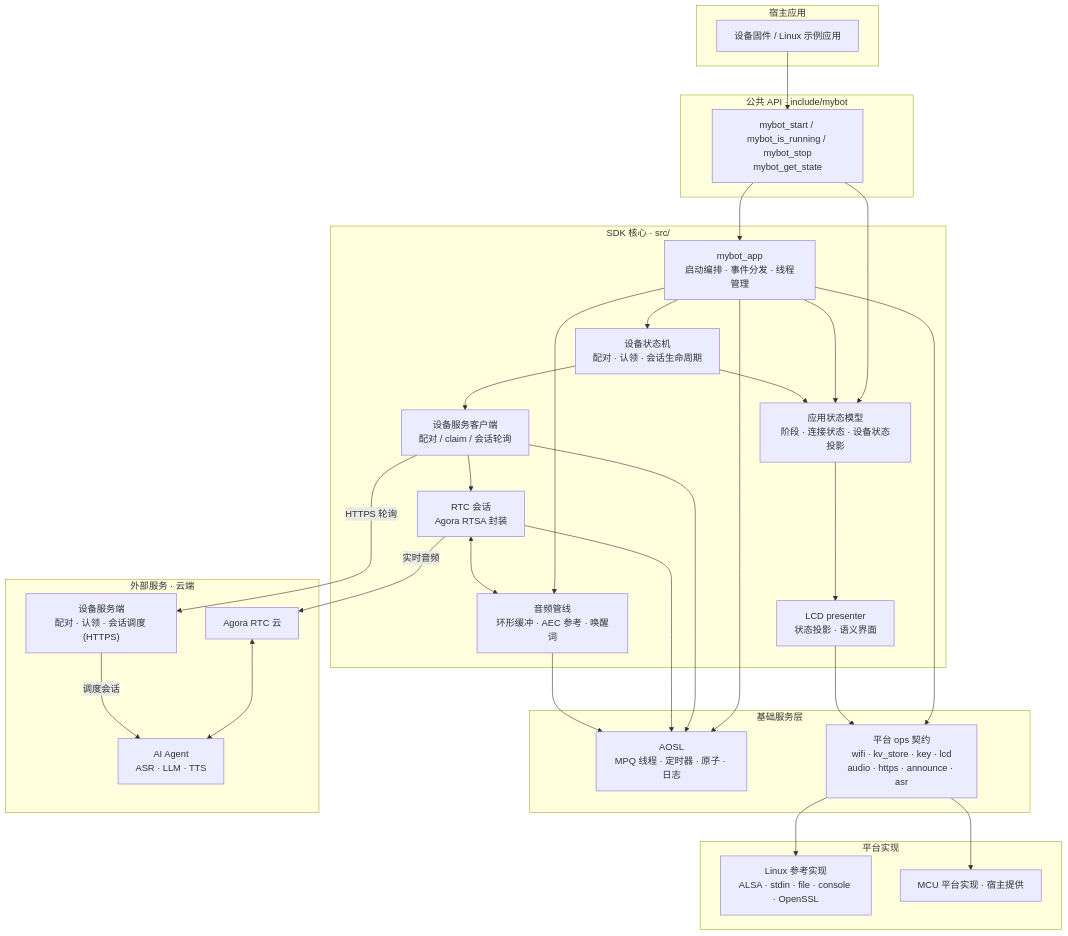
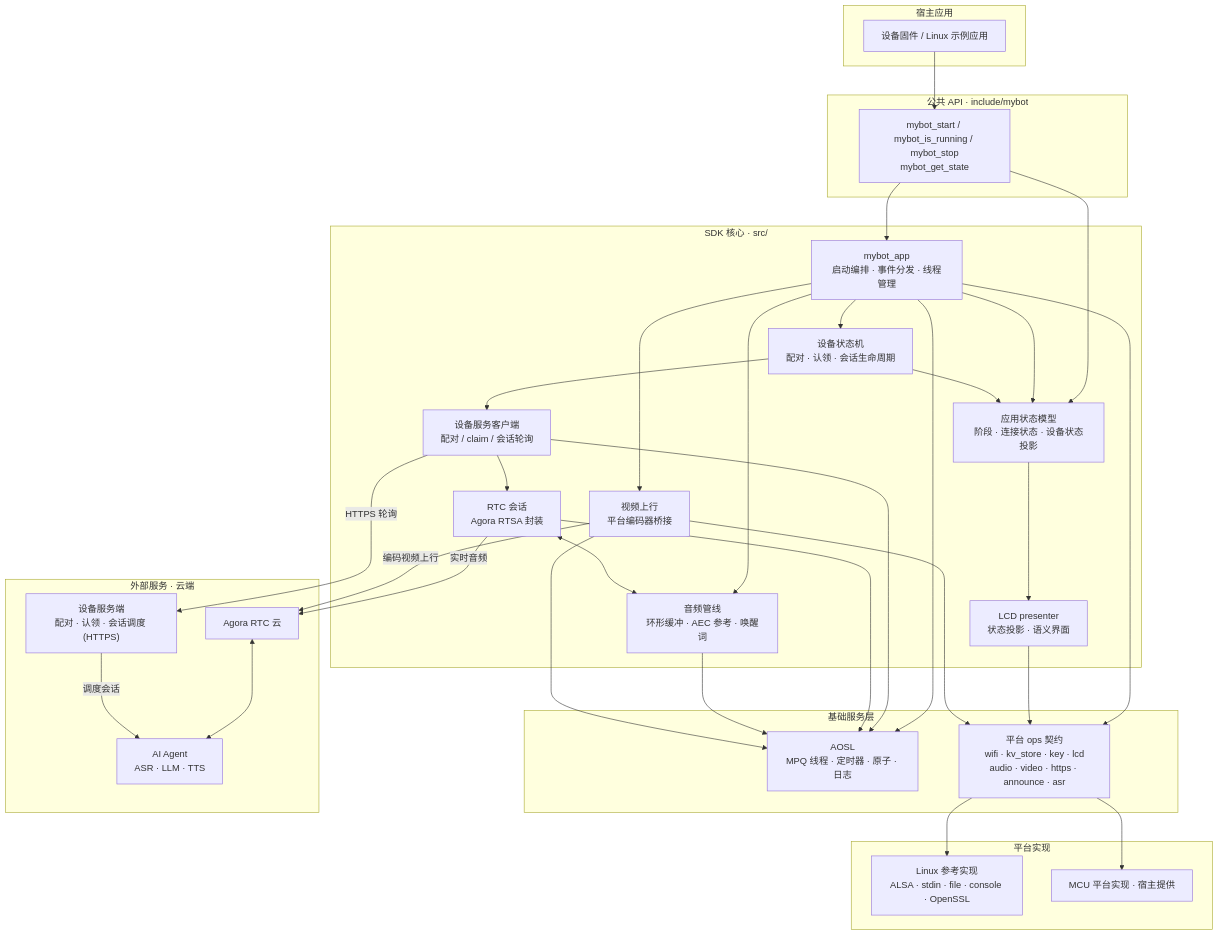
The second of 5 diagrams in README.zh-CN.md (junlon2006/mybot), drawn with Mermaid before and after one commit. The commit also changed other lines of this file and 29 other files, not shown here.

````diff
--- a/README.zh-CN.md
+++ b/README.zh-CN.md
@@ -255,60 +268,65 @@
 ```mermaid
 flowchart TB
     subgraph host["宿主应用"]
         host_app["设备固件 / Linux 示例应用"]
     end
 
     subgraph api["公共 API · include/mybot"]
         api_h["mybot_start / mybot_is_running / mybot_stop<br/>mybot_get_state"]
     end
 
     subgraph core["SDK 核心 · src/"]
         app_c["mybot_app<br/>启动编排 · 事件分发 · 线程管理"]
         app_state["应用状态模型<br/>阶段 · 连接状态 · 设备状态投影"]
         presenter["LCD presenter<br/>状态投影 · 语义界面"]
         state_m["设备状态机<br/>配对 · 认领 · 会话生命周期"]
         svc_c["设备服务客户端<br/>配对 / claim / 会话轮询"]
         rtc_c["RTC 会话<br/>Agora RTSA 封装"]
         media_c["音频管线<br/>环形缓冲 · AEC 参考 · 唤醒词"]
+        video_c["视频上行<br/>平台编码器桥接"]
     end
 
     subgraph infra["基础服务层"]
         aosl["AOSL<br/>MPQ 线程 · 定时器 · 原子 · 日志"]
-        ops["平台 ops 契约<br/>wifi · kv_store · key · lcd<br/>audio · https · announce · asr"]
+        ops["平台 ops 契约<br/>wifi · kv_store · key · lcd<br/>audio · video · https · announce · asr"]
     end
 
     subgraph plat["平台实现"]
         linux_b["Linux 参考实现<br/>ALSA · stdin · file · console · OpenSSL"]
         mcu_b["MCU 平台实现 · 宿主提供"]
     end
 
     subgraph ext["外部服务 · 云端"]
         svc_e["设备服务端<br/>配对 · 认领 · 会话调度 (HTTPS)"]
         agora_e["Agora RTC 云"]
         agent_e["AI Agent<br/>ASR · LLM · TTS"]
     end
 
     host_app --> api_h
     api_h --> app_c
     api_h --> app_state
     app_c --> state_m
     app_c --> app_state
     state_m --> app_state
     app_state --> presenter
     app_c --> media_c
+    app_c --> video_c
     state_m --> svc_c
     svc_c --> rtc_c
     rtc_c <--> media_c
     app_c --> aosl
     app_c --> ops
     presenter --> ops
     svc_c --> aosl
     rtc_c --> aosl
     media_c --> aosl
+    video_c --> aosl
+    video_c --> ops
     ops --> linux_b
     ops --> mcu_b
     svc_c -->|HTTPS 轮询| svc_e
     rtc_c -->|实时音频| agora_e
+    video_c -->|编码视频上行| agora_e
     agora_e <--> agent_e
     svc_e -->|调度会话| agent_e
 ```
````
